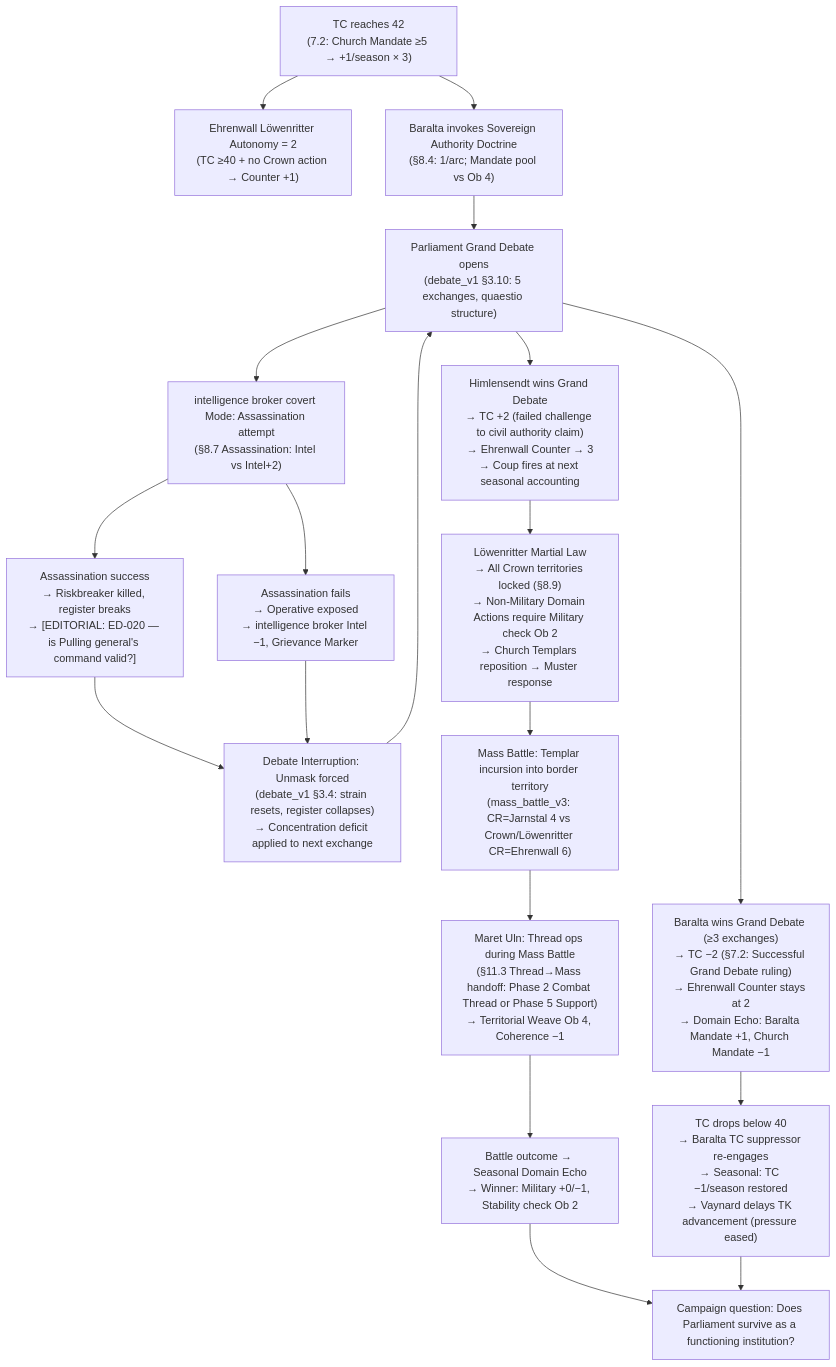
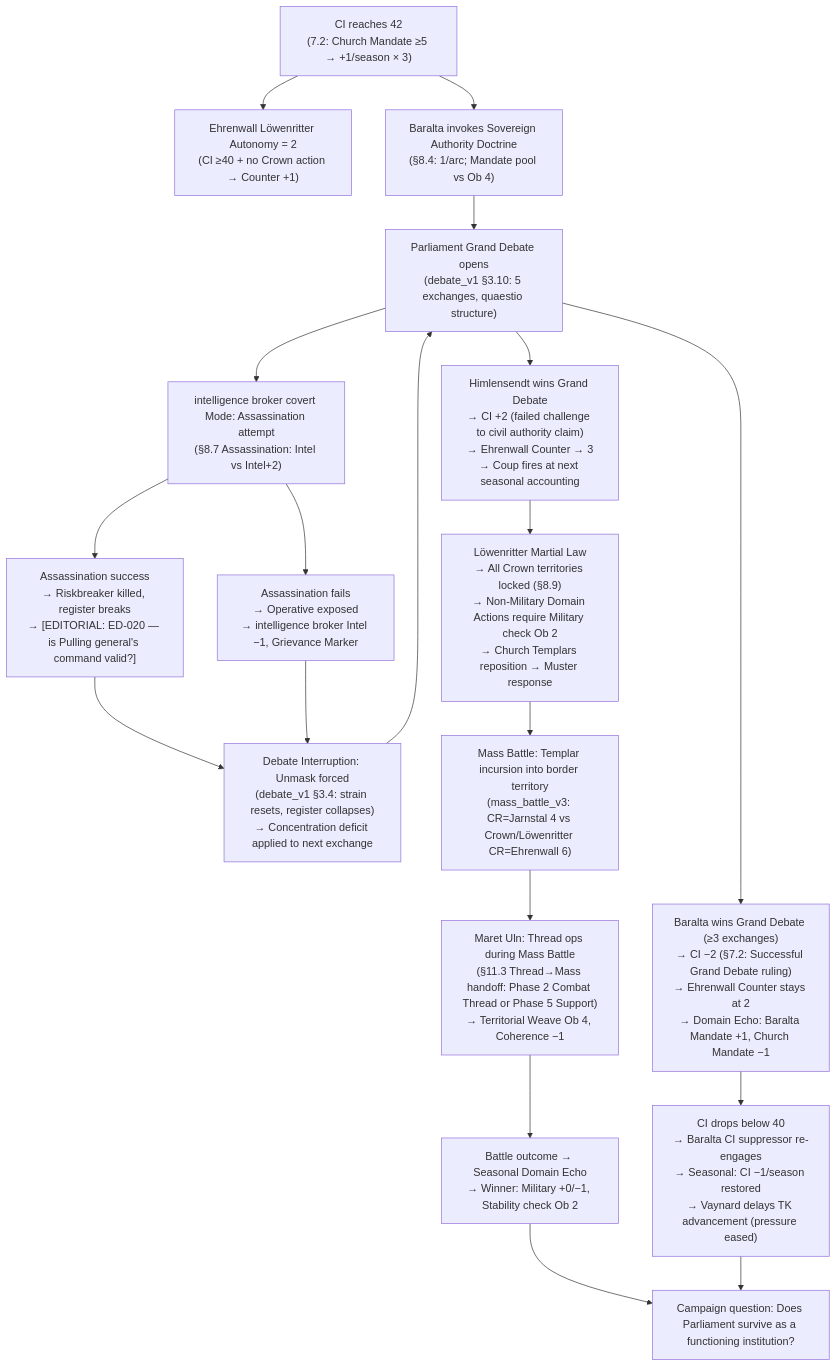
The first of 5 diagrams in designs/arcs/arcs_31_35.md (jordanelias/ttrpg), drawn with Mermaid before and after one commit. The commit also changed other lines of this file and 59 other files, not shown here.

````diff
--- a/designs/arcs/arcs_31_35.md
+++ b/designs/arcs/arcs_31_35.md
@@ -29,38 +29,38 @@
 ```mermaid
 flowchart TD
-    A["TC reaches 42\n(7.2: Church Mandate ≥5 → +1/season × 3)"]
-    B["Ehrenwall Löwenritter Autonomy = 2\n(TC ≥40 + no Crown action → Counter +1)"]
+    A["CI reaches 42\n(7.2: Church Mandate ≥5 → +1/season × 3)"]
+    B["Ehrenwall Löwenritter Autonomy = 2\n(CI ≥40 + no Crown action → Counter +1)"]
     C["Baralta invokes Sovereign Authority Doctrine\n(§8.4: 1/arc; Mandate pool vs Ob 4)"]
     D["Parliament Grand Debate opens\n(debate_v1 §3.10: 5 exchanges, quaestio structure)"]
     E["intelligence broker covert Mode: Assassination attempt\n(§8.7 Assassination: Intel vs Intel+2)"]
     F1["Assassination success\n→ Riskbreaker killed, register breaks\n→ [EDITORIAL: ED-020 — is Pulling general's command valid?]"]
     F2["Assassination fails\n→ Operative exposed\n→ intelligence broker Intel −1, Grievance Marker"]
     G["Debate Interruption: Unmask forced\n(debate_v1 §3.4: strain resets, register collapses)\n→ Concentration deficit applied to next exchange"]
-    H1["Baralta wins Grand Debate (≥3 exchanges)\n→ TC −2 (§7.2: Successful Grand Debate ruling)\n→ Ehrenwall Counter stays at 2\n→ Domain Echo: Baralta Mandate +1, Church Mandate −1"]
-    H2["Himlensendt wins Grand Debate\n→ TC +2 (failed challenge to civil authority claim)\n→ Ehrenwall Counter → 3\n→ Coup fires at next seasonal accounting"]
-    I1["TC drops below 40\n→ Baralta TC suppressor re-engages\n→ Seasonal: TC −1/season restored\n→ Vaynard delays TK advancement (pressure eased)"]
+    H1["Baralta wins Grand Debate (≥3 exchanges)\n→ CI −2 (§7.2: Successful Grand Debate ruling)\n→ Ehrenwall Counter stays at 2\n→ Domain Echo: Baralta Mandate +1, Church Mandate −1"]
+    H2["Himlensendt wins Grand Debate\n→ CI +2 (failed challenge to civil authority claim)\n→ Ehrenwall Counter → 3\n→ Coup fires at next seasonal accounting"]
+    I1["CI drops below 40\n→ Baralta CI suppressor re-engages\n→ Seasonal: CI −1/season restored\n→ Vaynard delays TK advancement (pressure eased)"]
     I2["Löwenritter Martial Law\n→ All Crown territories locked (§8.9)\n→ Non-Military Domain Actions require Military check Ob 2\n→ Church Templars reposition → Muster response"]
     J["Mass Battle: Templar incursion into border territory\n(mass_battle_v3: CR=Jarnstal 4 vs Crown/Löwenritter CR=Ehrenwall 6)"]
     K["Maret Uln: Thread ops during Mass Battle\n(§11.3 Thread→Mass handoff: Phase 2 Combat Thread or Phase 5 Support)\n→ Territorial Weave Ob 4, Coherence −1"]
     L["Battle outcome → Seasonal Domain Echo\n→ Winner: Military +0/−1, Stability check Ob 2"]
     M["Campaign question: Does Parliament survive as a functioning institution?"]
 
     A --> B
     A --> C
     C --> D
     D --> E
     E --> F1
     E --> F2
     F1 --> G
     F2 --> G
     G --> D
     D --> H1
     D --> H2
     H1 --> I1
     H2 --> I2
     I2 --> J
     J --> K
     K --> L
     L --> M
     I1 --> M
 ```
````
